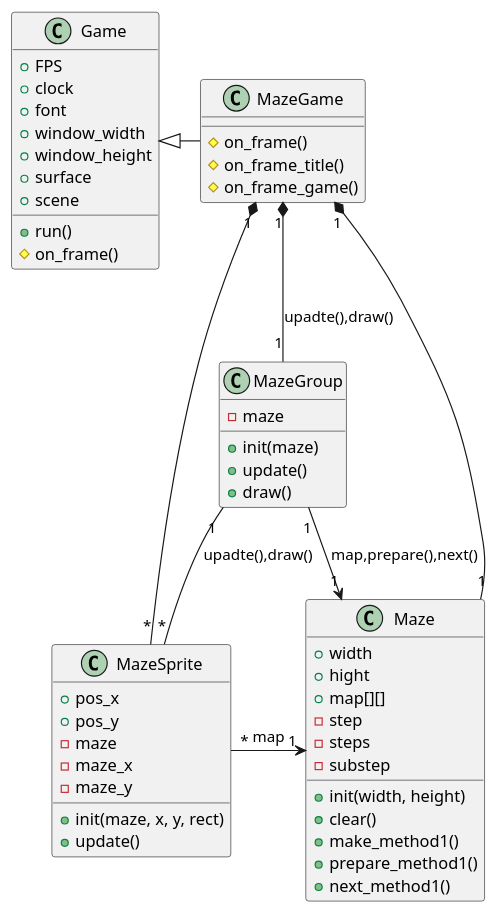
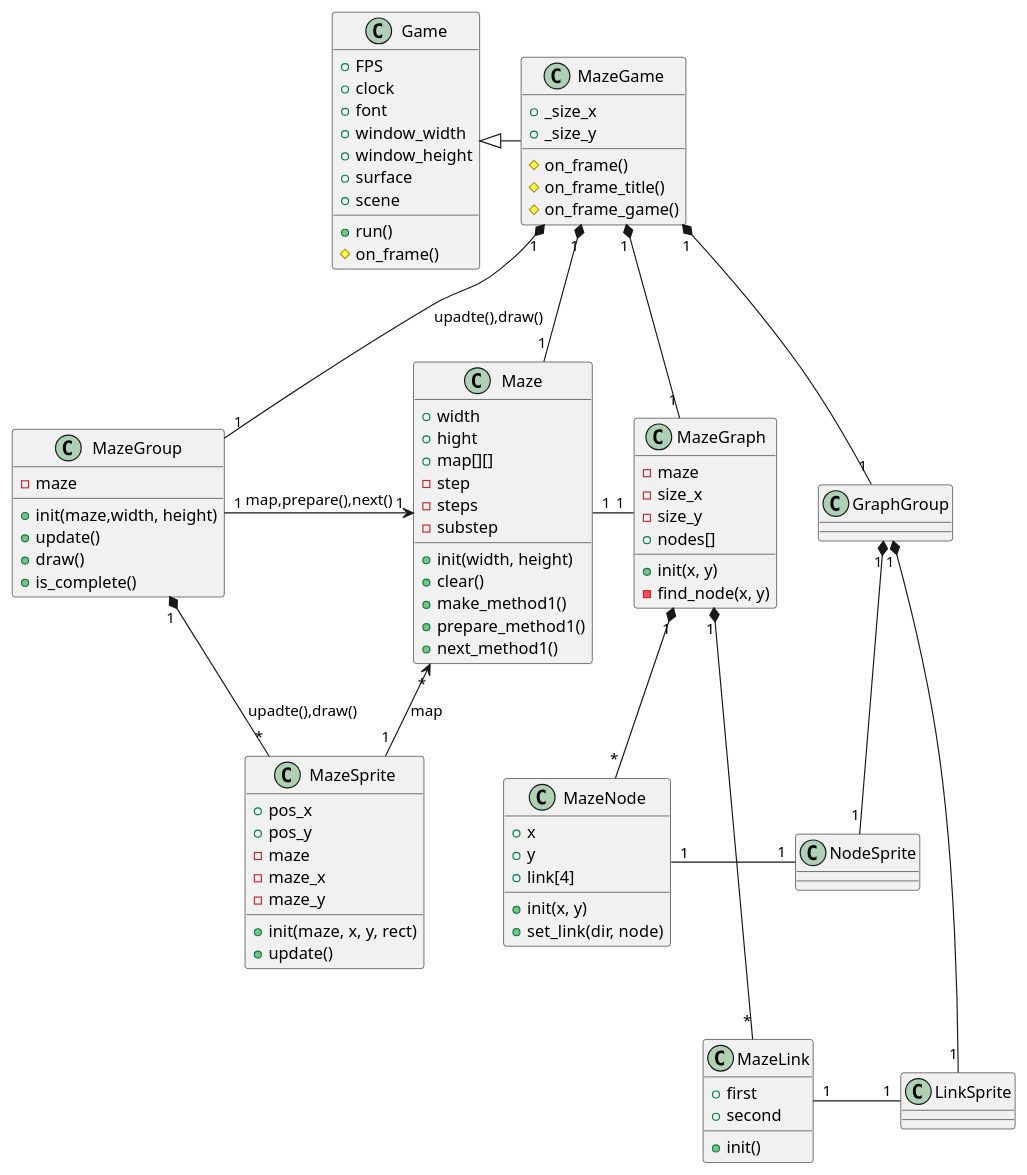
One commit to ooishiisao/pygame_game changed the diagram in maze/maze.md. Above: the diagram before and after it, drawn with PlantUML. The commit also changed 1 other file, not shown here.

Commit message:
Graph表示

````diff
--- a/maze/maze.md
+++ b/maze/maze.md
@@ -19,6 +19,8 @@
 
 class MazeGame
 {
+    + _size_x
+    + _size_y
     # on_frame()
     # on_frame_title()
     # on_frame_game()
@@ -42,9 +44,10 @@
 class MazeGroup
 {
     - maze
-    + init(maze)
+    + init(maze,width, height)
     + update()
     + draw()
+    + is_complete()
 }
 
 class MazeSprite
@@ -56,19 +59,54 @@
     - maze_y
     + init(maze, x, y, rect)
     + update()
+}
+
+class MazeGraph
+{
+    - maze
+    - size_x
+    - size_y
+    + nodes[]
+
+    + init(x, y)
+    - find_node(x, y)
+}
+
+class MazeNode
+{
+    + x
+    + y
+    + link[4]
+    + init(x, y)
+    + set_link(dir, node)
+}
+
+class MazeLink
+{
+    + first
+    + second
+    + init()
+}
 
 
-}
+Game <|- MazeGame
+MazeGame    "1"  *-   "1" Maze
+MazeGame    "1"  *--  "1" MazeGroup   : upadte(),draw()
+MazeGame    "1"  *--  "1" GraphGroup
+MazeGame    "1"  *--  "1" MazeGraph
 
-Game <|- MazeGame
-MazeGame   "1"  *-- "1" Maze
-MazeGame   "1"  *-- "1" MazeGroup   : upadte(),draw()
-MazeGame   "1"  *-- "*" MazeSprite
+MazeGroup   "1"  ->   "1" Maze        : map,prepare(),next()
+MazeGroup   "1"  *--  "*" MazeSprite : upadte(),draw()
+Maze        "*"  <--  "1" MazeSprite : map
 
-MazeGroup  "1"  --> "1" Maze        : map,prepare(),next()
-MazeGroup  "1"  --  "*" MazeSprite  : upadte(),draw()
-MazeSprite "*"  ->  "1" Maze        : map
+Maze        "1"  -    "1" MazeGraph
+MazeGraph   "1"  *--  "*" MazeNode
+MazeGraph   "1"  *--- "*" MazeLink
 
+GraphGroup  "1"  *--  "1" NodeSprite
+GraphGroup  "1"  *--- "1" LinkSprite
+MazeNode    "1"  -    "1" NodeSprite 
+MazeLink    "1"  -    "1" LinkSprite 
 
 @enduml
 ```
````
